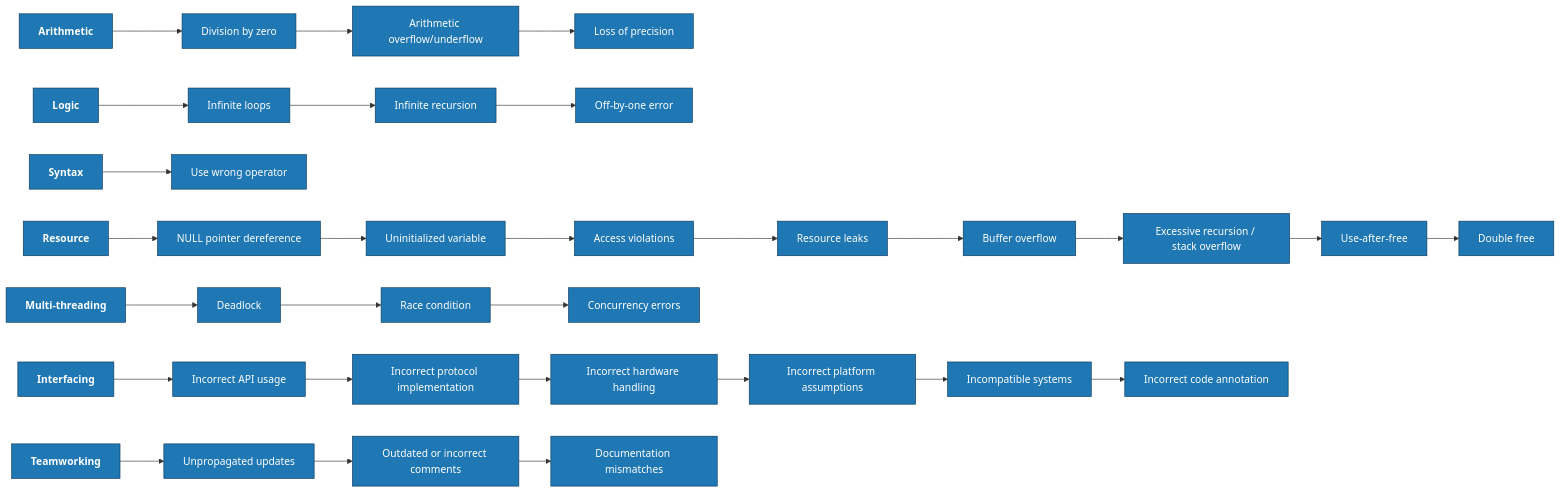
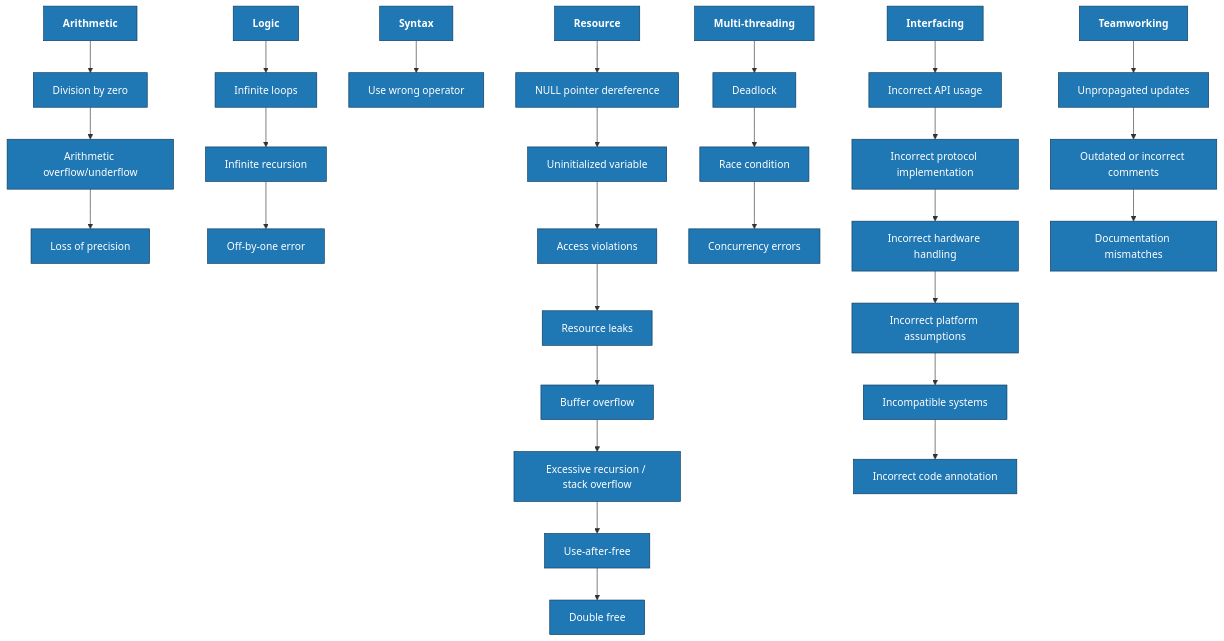
One commit to adolfcna/ATTvDEF changed the diagram in content/Initial Access/Exploit Public-Facing Application T1190/BUG.md. Above: the diagram before and after it, drawn with Mermaid. The commit also changed other lines of this file, not shown here.

Commit message:
Quartz sync: May 30, 2026, 12:09 PM

````diff
--- a/content/Initial Access/Exploit Public-Facing Application T1190/BUG.md
+++ b/content/Initial Access/Exploit Public-Facing Application T1190/BUG.md
@@ -2,64 +2,64 @@
 ```mermaid
-flowchart LR
+flowchart TD
 
     classDef col fill:#1f77b4,stroke:#0d3a5c,color:white,font-weight:bold;
     classDef cell fill:#1f77b4,stroke:#0d3a5c,color:white;
 
     %% Column Titles
     A[Arithmetic]:::col
     B[Logic]:::col
     C[Syntax]:::col
     D[Resource]:::col
     E[Multi-threading]:::col
     F[Interfacing]:::col
     G[Teamworking]:::col
 
     %% Arithmetic
     A1[Division by zero]:::cell
     A2[Arithmetic overflow/underflow]:::cell
     A3[Loss of precision]:::cell
     A --> A1 --> A2 --> A3
 
     %% Logic
     B1[Infinite loops]:::cell
     B2[Infinite recursion]:::cell
     B3[Off-by-one error]:::cell
     B --> B1 --> B2 --> B3
 
     %% Syntax
     C1[Use wrong operator]:::cell
     C --> C1
 
     %% Resource
     D1[NULL pointer dereference]:::cell
     D2[Uninitialized variable]:::cell
     D3[Access violations]:::cell
     D4[Resource leaks]:::cell
     D5[Buffer overflow]:::cell
     D6[Excessive recursion / stack overflow]:::cell
     D7[Use-after-free]:::cell
     D8[Double free]:::cell
     D --> D1 --> D2 --> D3 --> D4 --> D5 --> D6 --> D7 --> D8
 
     %% Multi-threading
     E1[Deadlock]:::cell
     E2[Race condition]:::cell
     E3[Concurrency errors]:::cell
     E --> E1 --> E2 --> E3
 
     %% Interfacing
     F1[Incorrect API usage]:::cell
     F2[Incorrect protocol implementation]:::cell
     F3[Incorrect hardware handling]:::cell
     F4[Incorrect platform assumptions]:::cell
     F5[Incompatible systems]:::cell
     F6[Incorrect code annotation]:::cell
     F --> F1 --> F2 --> F3 --> F4 --> F5 --> F6
 
     %% Teamworking
     G1[Unpropagated updates]:::cell
     G2[Outdated or incorrect comments]:::cell
     G3[Documentation mismatches]:::cell
     G --> G1 --> G2 --> G3
 
 ```
````
